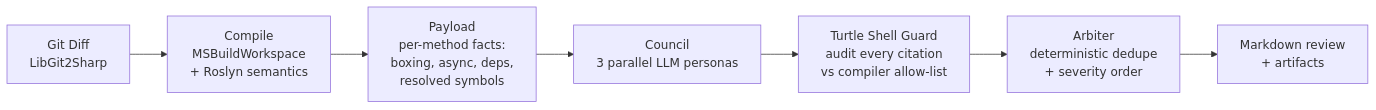
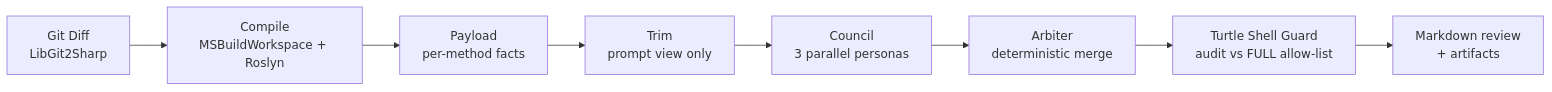
Before and after one commit to prasadrane/Code-Turtle-Engine: the diagram in README.md, drawn with Mermaid. The commit also changed other lines of this file and 11 other files, not shown here.

````diff
--- a/README.md
+++ b/README.md
@@ -13,9 +47,10 @@
 ```mermaid
 flowchart LR
-    A[Git Diff<br/>LibGit2Sharp] --> B[Compile<br/>MSBuildWorkspace<br/>+ Roslyn semantics]
-    B --> C[Payload<br/>per-method facts:<br/>boxing, async, deps,<br/>resolved symbols]
-    C --> D[Council<br/>3 parallel LLM personas]
-    D --> E[Turtle Shell Guard<br/>audit every citation<br/>vs compiler allow-list]
-    E --> F[Arbiter<br/>deterministic dedupe<br/>+ severity order]
-    F --> G[Markdown review<br/>+ artifacts]
+    A[Git Diff<br/>LibGit2Sharp] --> B[Compile<br/>MSBuildWorkspace + Roslyn]
+    B --> C[Payload<br/>per-method facts]
+    C --> D[Trim<br/>prompt view only]
+    D --> E[Council<br/>3 parallel personas]
+    E --> F[Arbiter<br/>deterministic merge]
+    F --> G[Turtle Shell Guard<br/>audit vs FULL allow-list]
+    G --> H[Markdown review<br/>+ artifacts]
 ```
````
